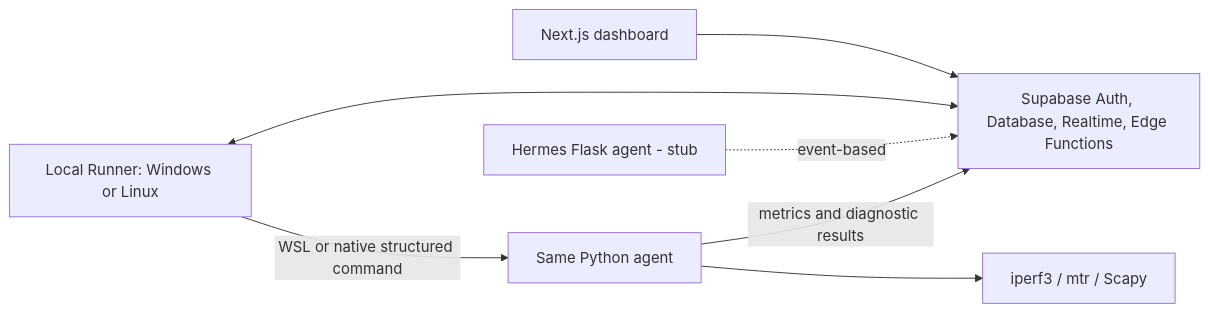
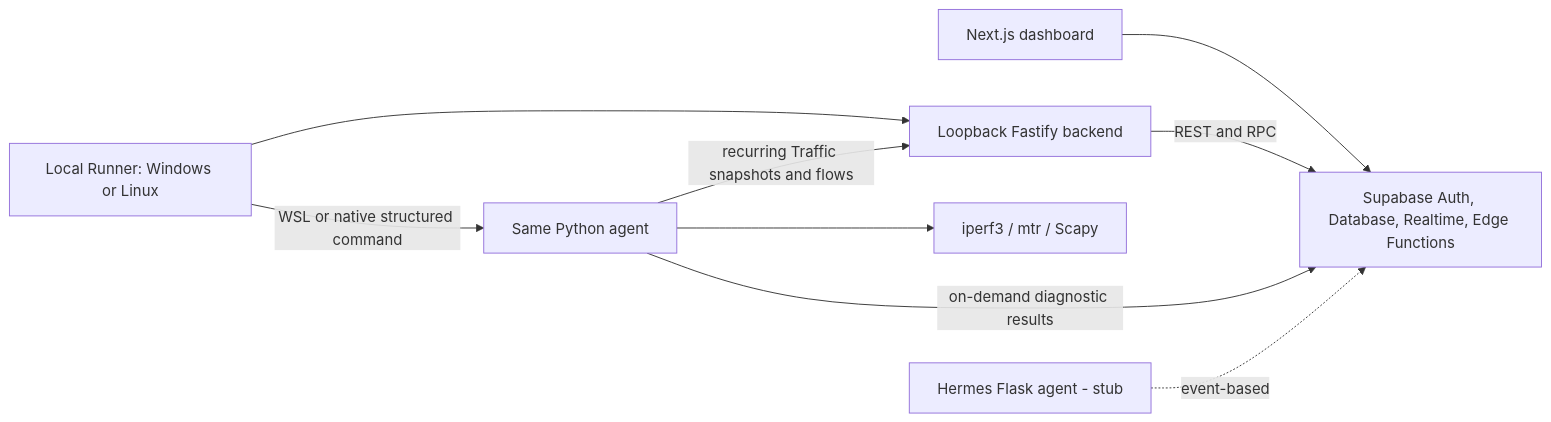
Before and after one commit to rakasatriaefendi/JHC-NetOps: the diagram in README.md, drawn with Mermaid. The commit also changed other lines of this file and 32 other files, not shown here.

Commit message:
feat: migrate recurring runner data plane to local backend

````diff
--- a/README.md
+++ b/README.md
@@ -25,9 +25,11 @@
 ```mermaid
 flowchart LR
     Browser[Next.js dashboard] --> Supabase[Supabase Auth, Database, Realtime, Edge Functions]
-    Runner[Local Runner: Windows or Linux] <--> Supabase
+    Runner[Local Runner: Windows or Linux] --> Backend[Loopback Fastify backend]
+    Backend -->|REST and RPC| Supabase
     Runner -->|WSL or native structured command| Agent[Same Python agent]
-    Agent -->|metrics and diagnostic results| Supabase
+    Agent -->|recurring Traffic snapshots and flows| Backend
+    Agent -->|on-demand diagnostic results| Supabase
     Agent --> Tools[iperf3 / mtr / Scapy]
     Hermes[Hermes Flask agent - stub] -. event-based .-> Supabase
 ```
````
